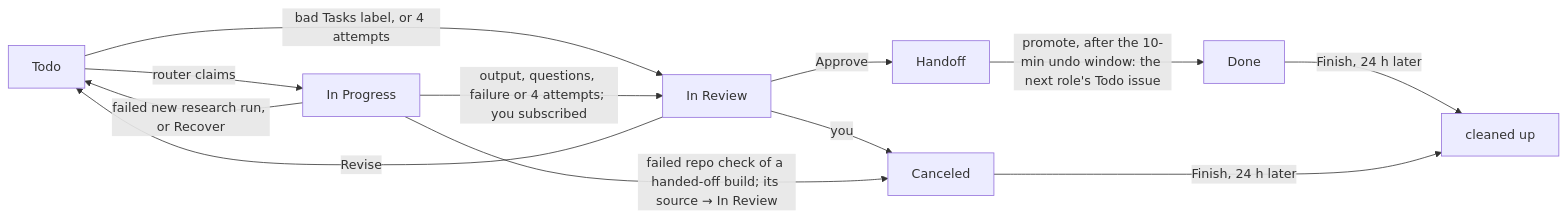
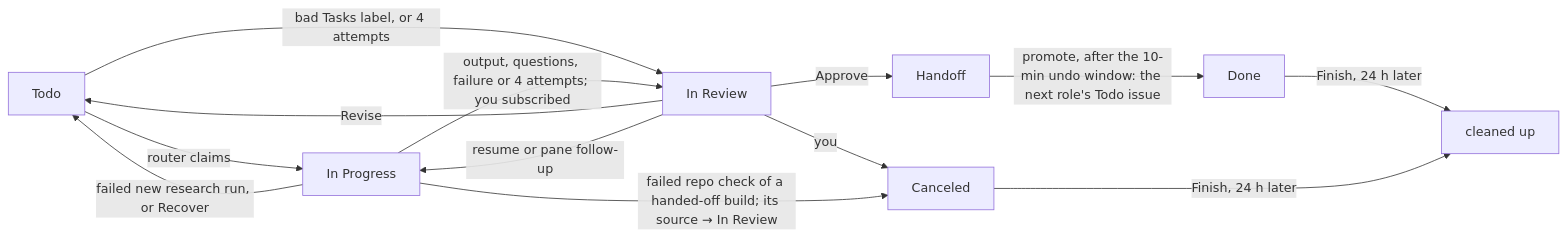
Before and after one commit to ophis/agent-pm: the first of 4 diagrams in docs/board.md, drawn with Mermaid. The commit also changed other lines of this file and 11 other files, not shown here.

````diff
--- a/docs/board.md
+++ b/docs/board.md
@@ -61,13 +61,14 @@
 ```mermaid
 flowchart LR
     T[Todo] -->|router claims| P[In Progress]
     T -->|"bad Tasks label, or 4 attempts"| R[In Review]
     P -->|"output, questions, failure or 4 attempts; you subscribed"| R
     P -->|"failed new research run, or Recover"| T
     R -->|Approve| H[Handoff]
     R -->|Revise| T
+    R -->|"resume or pane follow-up"| P
     R -->|you| C[Canceled]
     P -->|"failed repo check of a handed-off build; its source → In Review"| C
     H -->|"promote, after the 10-min undo window: the next role's Todo issue"| D[Done]
     D & C -->|"Finish, 24 h later"| X[cleaned up]
 ```
````
